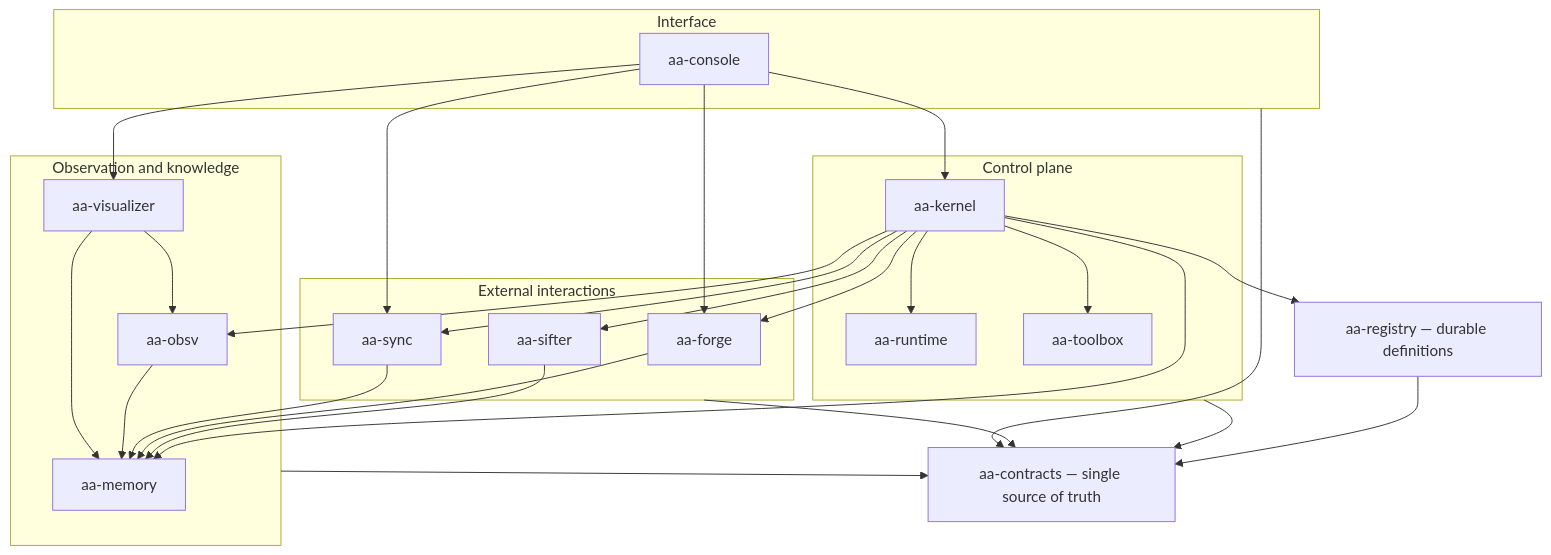
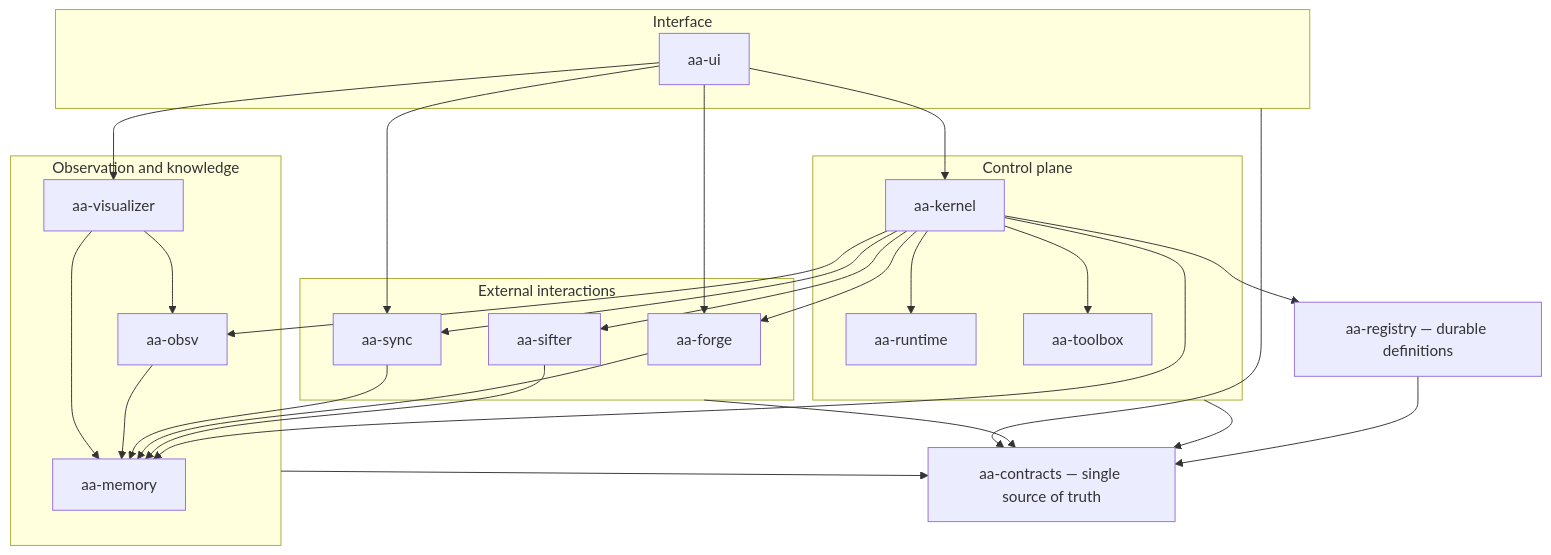
One commit to greadee/aa changed the second of 6 diagrams in docs/architecture/README.md. Above: the diagram before and after it, drawn with Mermaid. The commit also changed other lines of this file and 45 other files, not shown here.

````diff
--- a/docs/architecture/README.md
+++ b/docs/architecture/README.md
@@ -135,47 +135,47 @@
 ```mermaid
 flowchart TB
     subgraph UX["Interface"]
-        console["aa-console"]
+        ui["aa-ui"]
     end
     subgraph Control["Control plane"]
         kernel["aa-kernel"]
         runtime["aa-runtime"]
         toolbox["aa-toolbox"]
     end
     subgraph World["External interactions"]
         forge["aa-forge"]
         sync["aa-sync"]
         sifter["aa-sifter"]
     end
     subgraph Knowledge["Observation and knowledge"]
         obsv["aa-obsv"]
         memory["aa-memory"]
         visualizer["aa-visualizer"]
     end
     registry["aa-registry — durable definitions"]
     contracts["aa-contracts — single source of truth"]
 
-    console --> kernel
-    console --> visualizer
-    console --> forge
-    console --> sync
+    ui --> kernel
+    ui --> visualizer
+    ui --> forge
+    ui --> sync
     kernel --> registry
     kernel --> runtime
     kernel --> toolbox
     kernel --> obsv
     kernel --> memory
     kernel --> sifter
     kernel --> sync
     kernel --> forge
     sifter --> memory
     forge --> memory
     sync --> memory
     obsv --> memory
     visualizer --> obsv
     visualizer --> memory
     registry --> contracts
     Control --> contracts
     World --> contracts
     Knowledge --> contracts
     UX --> contracts
 ```
````
